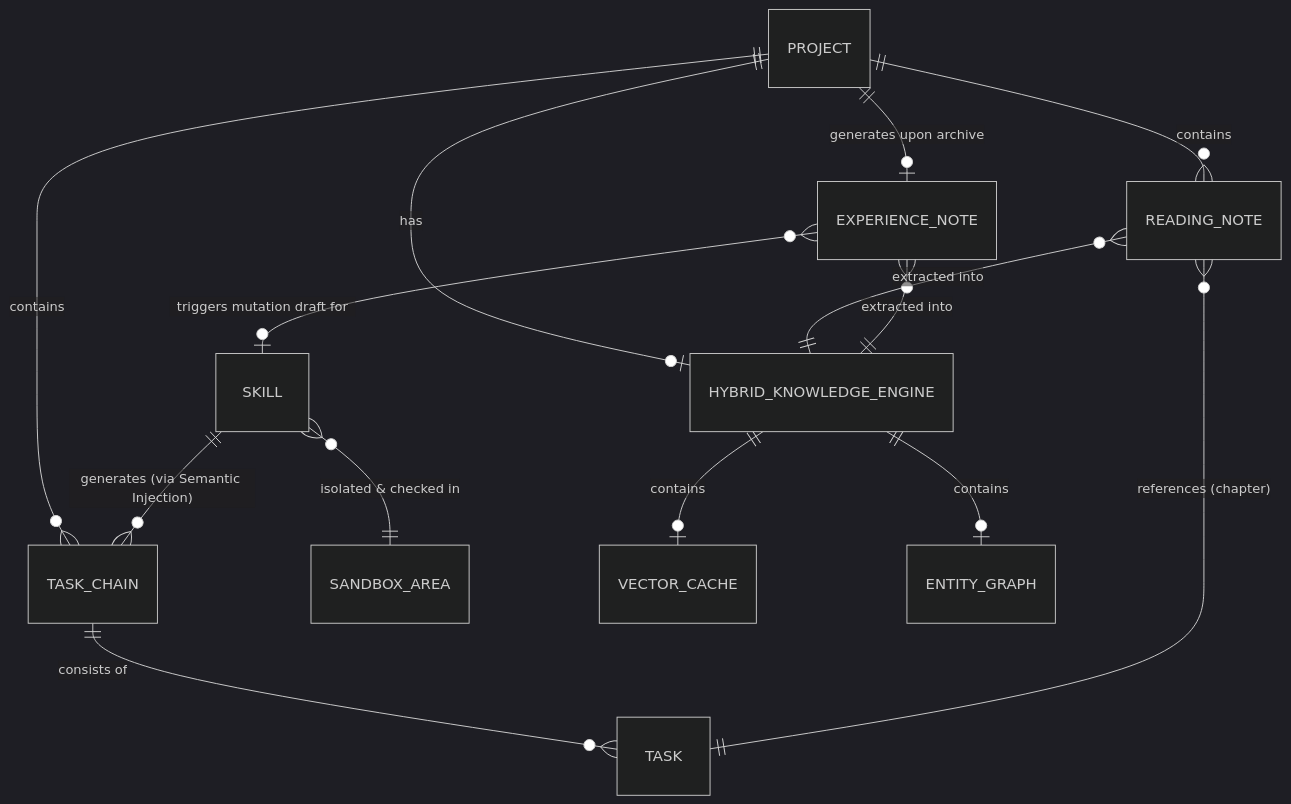
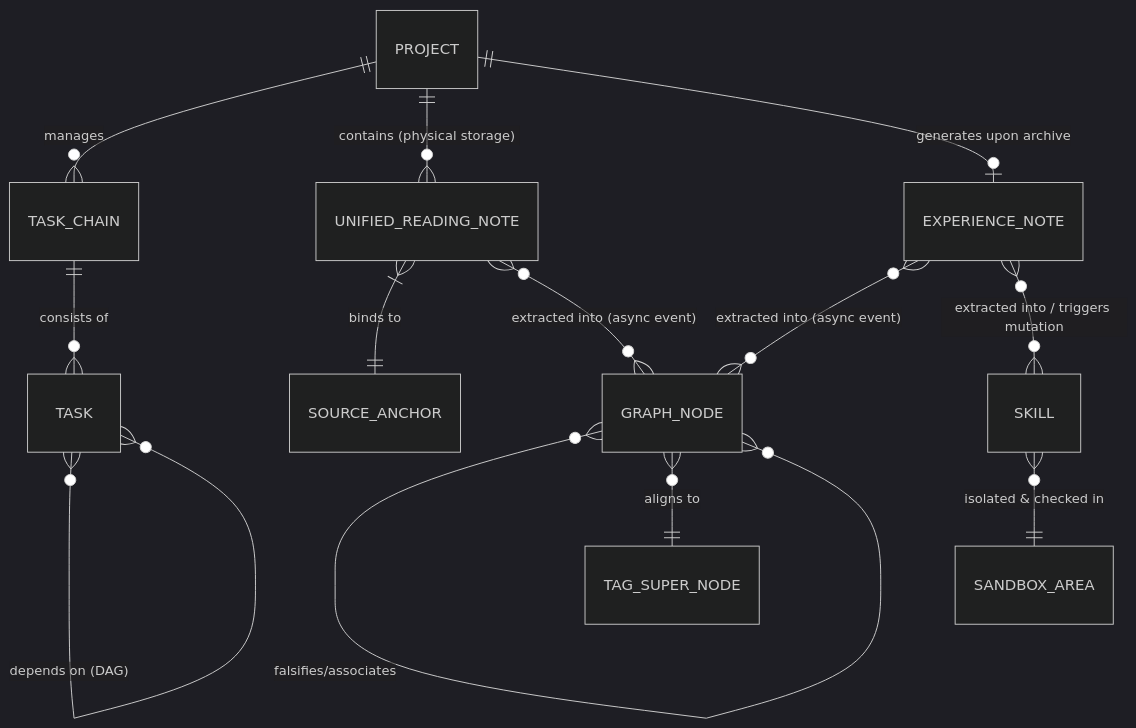
One commit to shanglihong/i-have-a-plan changed the diagram in docs/03_business_modeling/business_model.md. Above: the diagram before and after it, drawn with Mermaid (dark theme). The commit also changed other lines of this file and 1 other file, not shown here.

Commit message:
docs: update business model and backend architecture design specifications

````diff
--- a/docs/03_business_modeling/business_model.md
+++ b/docs/03_business_modeling/business_model.md
@@ -99,16 +99,23 @@
 ```mermaid
 erDiagram
-    PROJECT ||--o{ TASK_CHAIN : "contains"
-    PROJECT ||--o| HYBRID_KNOWLEDGE_ENGINE : "has"
-    PROJECT ||--o{ READING_NOTE : "contains"
+    %% 项目与任务领域 (Project & Task Domain)
+    PROJECT ||--o{ TASK_CHAIN : "manages"
+    TASK_CHAIN ||--o{ TASK : "consists of"
+    TASK }o--o{ TASK : "depends on (DAG)"
+
+    %% 独立笔记领域 (Note Domain)
+    PROJECT ||--o{ UNIFIED_READING_NOTE : "contains (physical storage)"
     PROJECT ||--o| EXPERIENCE_NOTE : "generates upon archive"
-    TASK_CHAIN ||--o{ TASK : "consists of"
-    READING_NOTE }o--|| TASK : "references (chapter)"
-    READING_NOTE }o--|| HYBRID_KNOWLEDGE_ENGINE : "extracted into"
-    EXPERIENCE_NOTE }o--|| HYBRID_KNOWLEDGE_ENGINE : "extracted into"
-    EXPERIENCE_NOTE }o--o| SKILL : "triggers mutation draft for"
-    SKILL ||--o{ TASK_CHAIN : "generates (via Semantic Injection)"
+    UNIFIED_READING_NOTE }|--|| SOURCE_ANCHOR : "binds to"
+
+    %% 知识图谱领域 (Graph Domain)
+    UNIFIED_READING_NOTE }o--o{ GRAPH_NODE : "extracted into (async event)"
+    EXPERIENCE_NOTE }o--o{ GRAPH_NODE : "extracted into (async event)"
+    GRAPH_NODE }o--o{ GRAPH_NODE : "falsifies/associates"
+    GRAPH_NODE }o--|| TAG_SUPER_NODE : "aligns to"
+
+    %% 技能提炼领域 (Skill Domain)
+    EXPERIENCE_NOTE }o--o{ SKILL : "extracted into / triggers mutation"
     SKILL }o--|| SANDBOX_AREA : "isolated & checked in"
-    HYBRID_KNOWLEDGE_ENGINE ||--o| VECTOR_CACHE : "contains"
-    HYBRID_KNOWLEDGE_ENGINE ||--o| ENTITY_GRAPH : "contains"
+    %% 注：Skill与Task在应用层运行时通过大模型编排调用，底层DB无强外键
 ```
````
